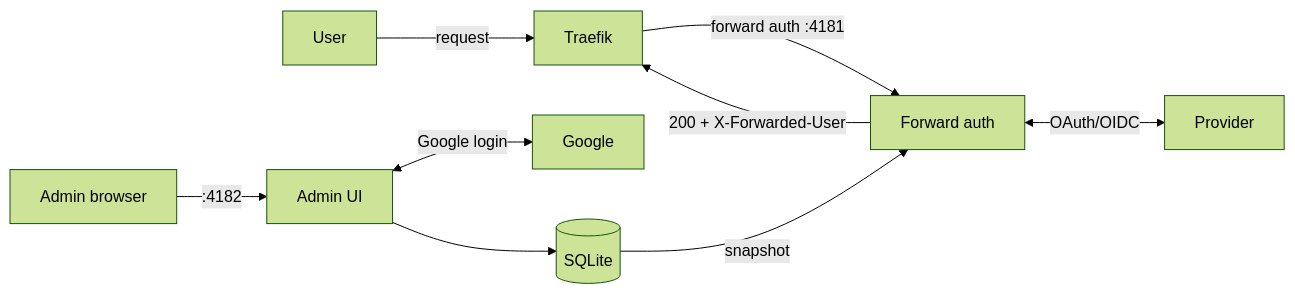
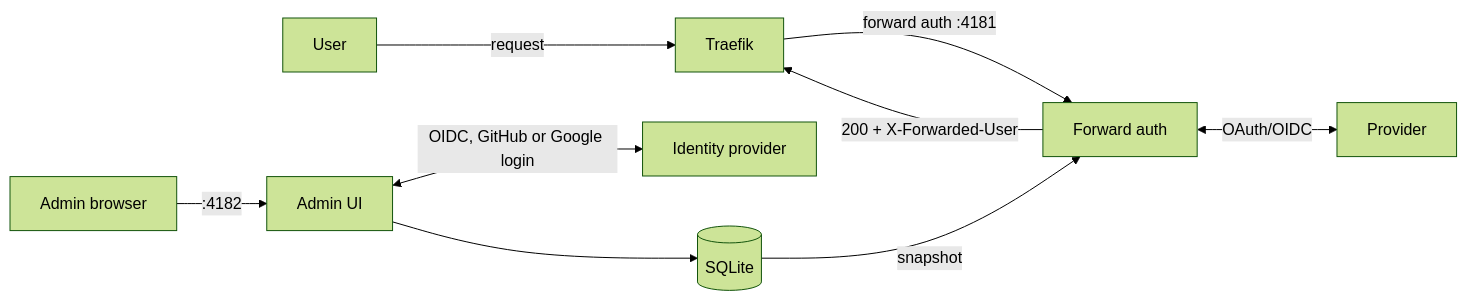
One commit to ivanjx/traefik-forward-auth changed the diagram in README.md. Above: the diagram before and after it, drawn with Mermaid (forest theme). The commit also changed other lines of this file and 23 other files, not shown here.

Commit message:
Add github provider and oidc for admin auth

````diff
--- a/README.md
+++ b/README.md
@@ -9,11 +9,11 @@
 ```mermaid
 flowchart LR
   U[User] -->|request| T[Traefik]
   T -->|forward auth :4181| FA[Forward auth]
   FA -->|200 + X-Forwarded-User| T
   FA <-->|OAuth/OIDC| P[Provider]
   A[Admin browser] -->|:4182| ADM[Admin UI]
-  ADM <-->|Google login| G[Google]
+  ADM <-->|OIDC, GitHub or Google login| G[Identity provider]
   ADM --> DB[(SQLite)]
   DB -->|snapshot| FA
 ```
````
